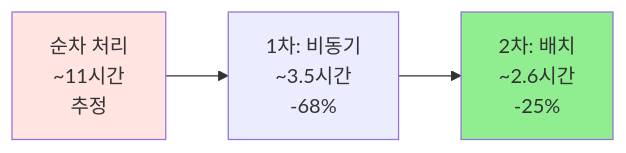
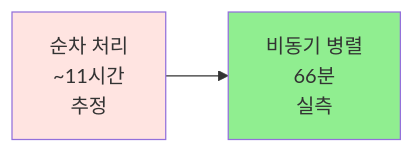
The eighth of 11 diagrams in docs/LARGE_SCALE_API_CALL_INFRASTRUCTURE.md (medical-info-hub/hospitalInfoProject-backend), drawn with Mermaid before and after one commit. The commit also changed other lines of this file, not shown here.

````diff
--- a/docs/LARGE_SCALE_API_CALL_INFRASTRUCTURE.md
+++ b/docs/LARGE_SCALE_API_CALL_INFRASTRUCTURE.md
@@ -860,8 +918,7 @@
 ```mermaid
 graph LR
-    A[순차 처리<br/>~11시간<br/>추정] --> B[1차: 비동기<br/>~3.5시간<br/>-68%]
-    B --> C[2차: 배치<br/>~2.6시간<br/>-25%]
+    A[순차 처리<br/>~11시간<br/>추정] --> B[비동기 병렬<br/>66분<br/>실측]
 
     style A fill:#FFE4E1
-    style C fill:#90EE90
+    style B fill:#90EE90
 ```
````
